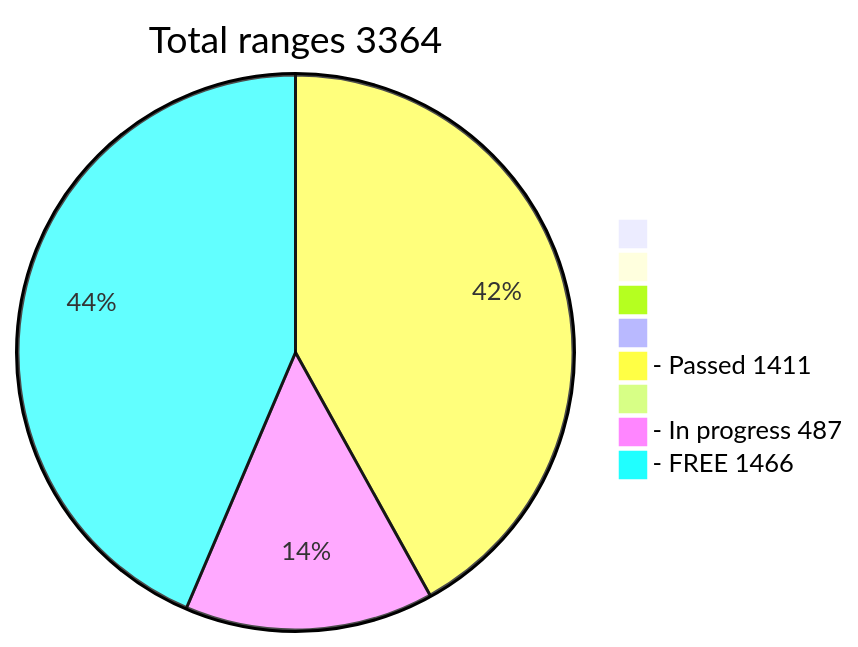
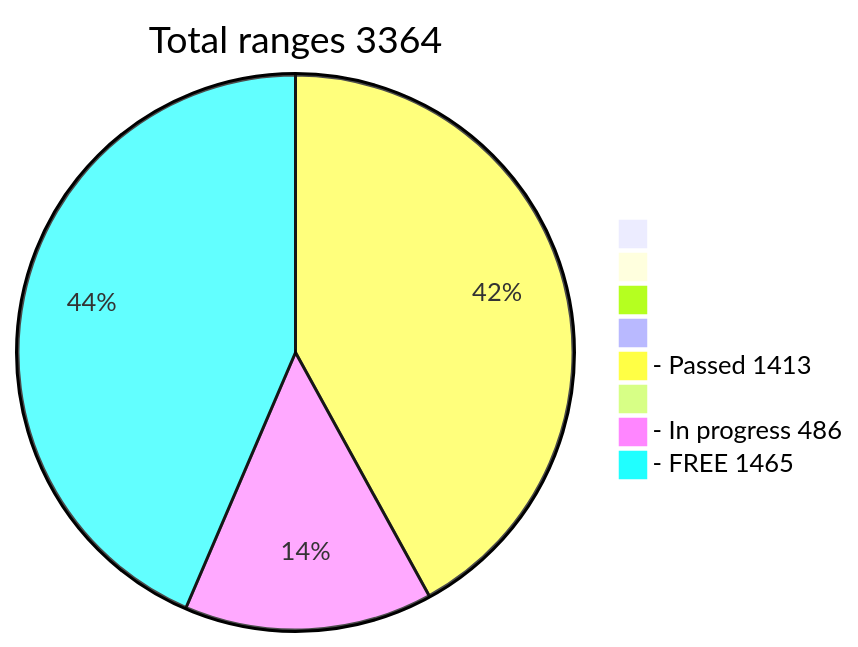
The diagram in README.md (phrutis/wif500), drawn with Mermaid before and after one commit.

````diff
--- a/README.md
+++ b/README.md
@@ -16,12 +16,12 @@
 ```mermaid
 pie title Total ranges 3364
              " " : 0
             "  " : 0
            "   " : 0
           "    " : 0
-  "- Passed 1411" : 1411
+  "- Passed 1413" : 1413
          "     " : 0
-  "- In progress 487" : 487
-   "- FREE 1466" : 1466
+  "- In progress 486" : 486
+   "- FREE 1465" : 1465
    
 ```
````
